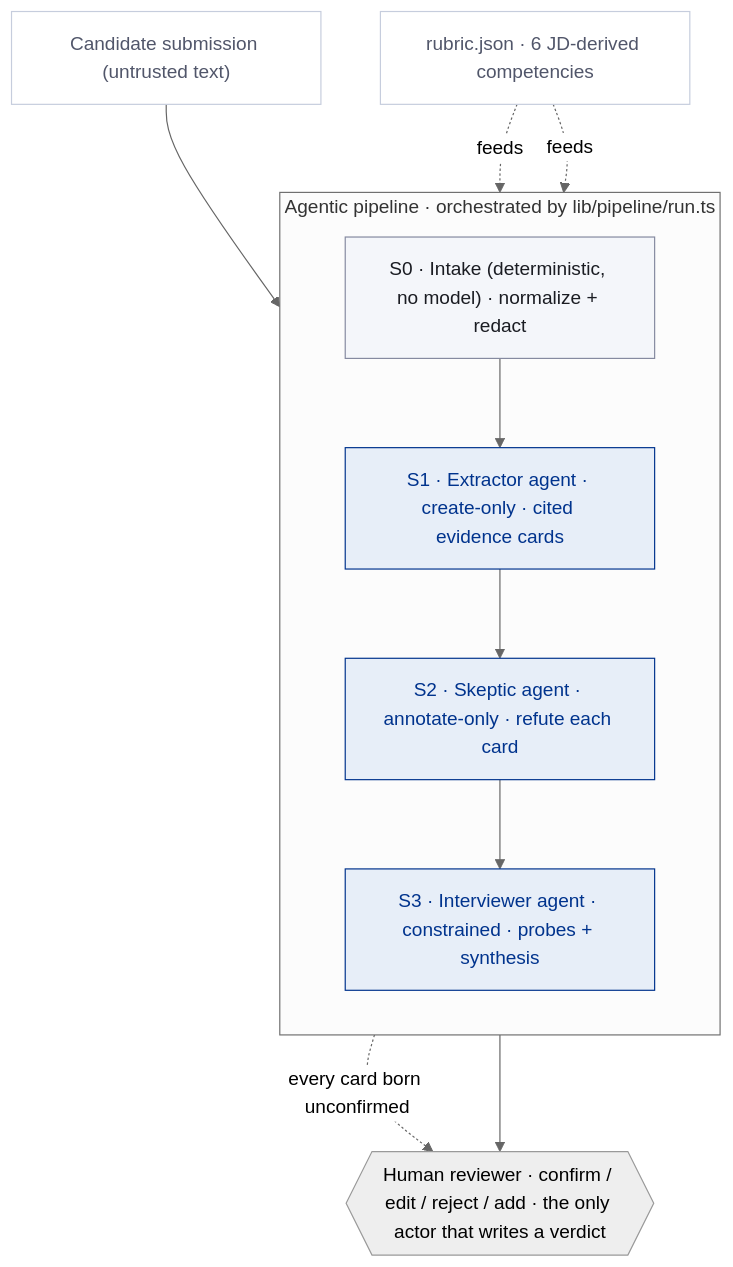
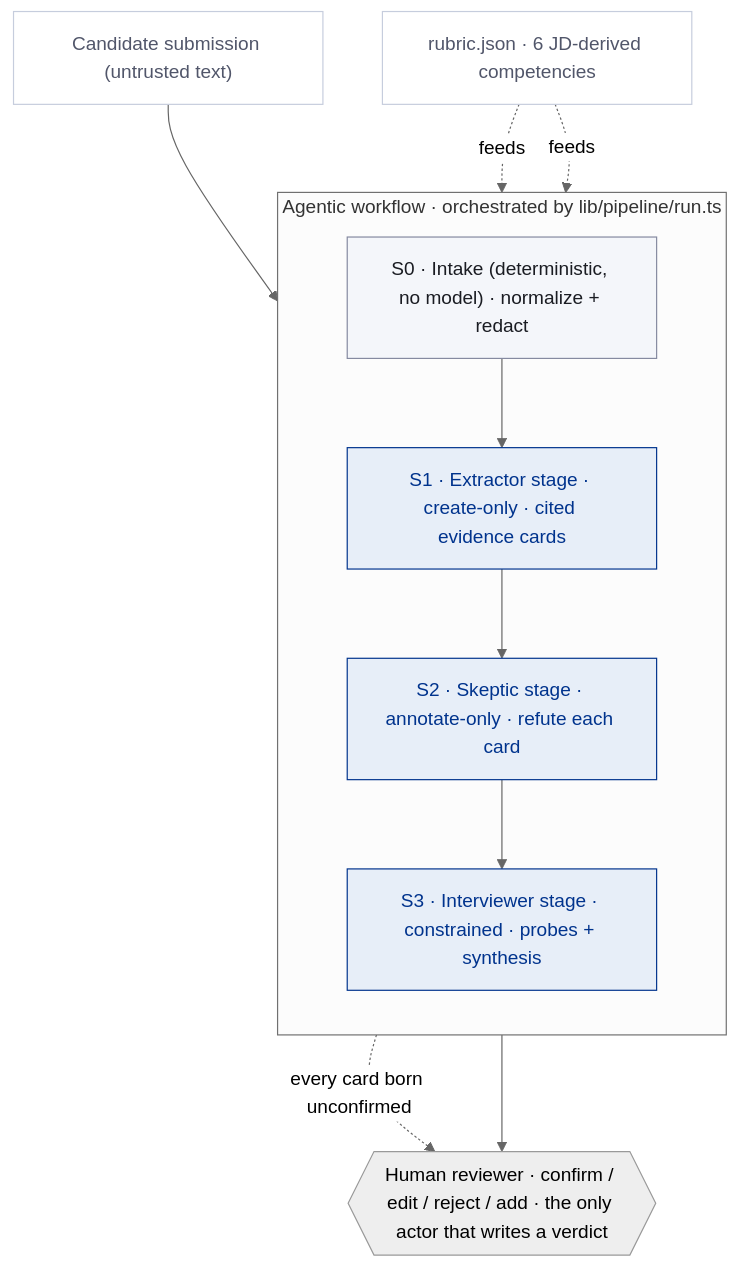
Before and after one commit to Vimalk0703/second-reader: the diagram in docs/ARCHITECTURE.md, drawn with Mermaid (neutral theme). The commit also changed other lines of this file and 2 other files, not shown here.

First line of the commit message:
Honest terminology: agentic workflow (bounded LLM stages), not autonomous agents

````diff
--- a/docs/ARCHITECTURE.md
+++ b/docs/ARCHITECTURE.md
@@ -26,21 +43,21 @@
 ```mermaid
 flowchart TB
     SUB["Candidate submission (untrusted text)"]:::data
-    subgraph PIPE["Agentic pipeline · orchestrated by lib/pipeline/run.ts"]
+    subgraph PIPE["Agentic workflow · orchestrated by lib/pipeline/run.ts"]
       direction TB
       S0["S0 · Intake (deterministic, no model) · normalize + redact"]:::code
-      S1["S1 · Extractor agent · create-only · cited evidence cards"]:::agent
-      S2["S2 · Skeptic agent · annotate-only · refute each card"]:::agent
-      S3["S3 · Interviewer agent · constrained · probes + synthesis"]:::agent
+      S1["S1 · Extractor stage · create-only · cited evidence cards"]:::agent
+      S2["S2 · Skeptic stage · annotate-only · refute each card"]:::agent
+      S3["S3 · Interviewer stage · constrained · probes + synthesis"]:::agent
       S0 --> S1 --> S2 --> S3
     end
     RUBRIC["rubric.json · 6 JD-derived competencies"]:::data
     SUB --> S0
     RUBRIC -.->|feeds| S1
     RUBRIC -.->|feeds| S3
     S1 -.->|every card born unconfirmed| HUMAN
     S3 --> HUMAN{{"Human reviewer · confirm / edit / reject / add · the only actor that writes a verdict"}}
     classDef agent fill:#e7eef8,stroke:#00338d,color:#00338d;
     classDef code fill:#f4f6fa,stroke:#858aa0,color:#1a1c22;
     classDef data fill:#ffffff,stroke:#c6cddd,color:#51566a;
 ```
````
